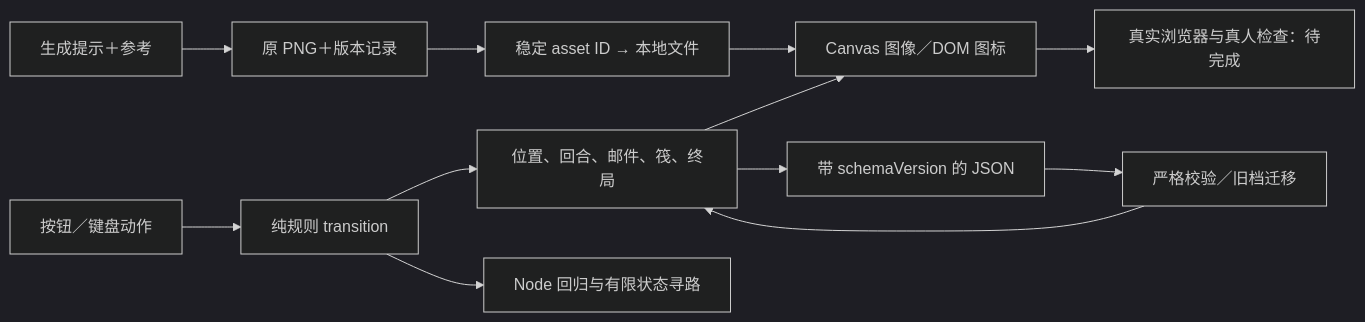
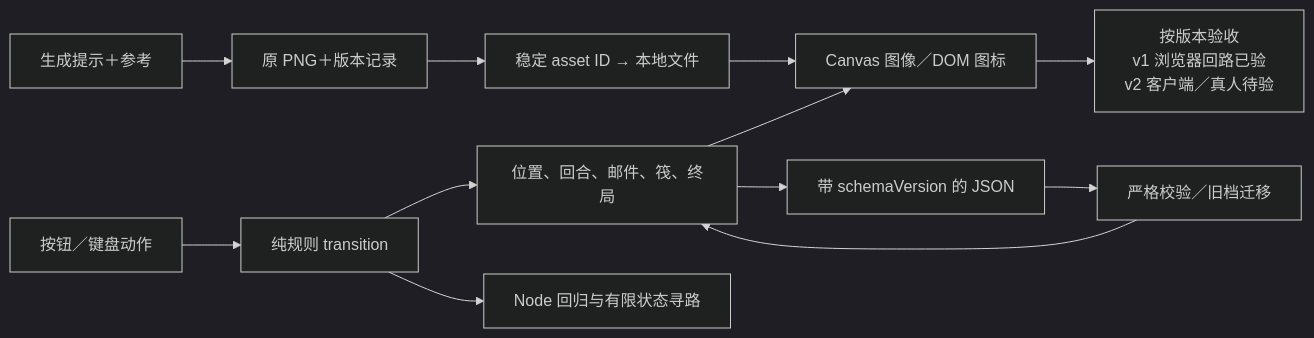
The second of 2 diagrams in domains/game-dev/06-indie-roadmap.md (dbvv1/a1dbv), drawn with Mermaid (dark theme) before and after one commit. The commit also changed other lines of this file and 3 other files, not shown here.

````diff
--- a/domains/game-dev/06-indie-roadmap.md
+++ b/domains/game-dev/06-indie-roadmap.md
@@ -102,14 +106,14 @@
 ```mermaid
 flowchart LR
   P["生成提示＋参考"] --> R["原 PNG＋版本记录"]
   R --> M["稳定 asset ID → 本地文件"]
   M --> V["Canvas 图像／DOM 图标"]
   I["按钮／键盘动作"] --> C["纯规则 transition"]
   C --> S["位置、回合、邮件、筏、终局"]
   S --> V
   S --> J["带 schemaVersion 的 JSON"]
   J --> L["严格校验／旧档迁移"]
   L --> S
   C --> T["Node 回归与有限状态寻路"]
-  V --> H["真实浏览器与真人检查：待完成"]
+  V --> H["按版本验收<br/>v1 浏览器回路已验<br/>v2 客户端／真人待验"]
 ```
````
